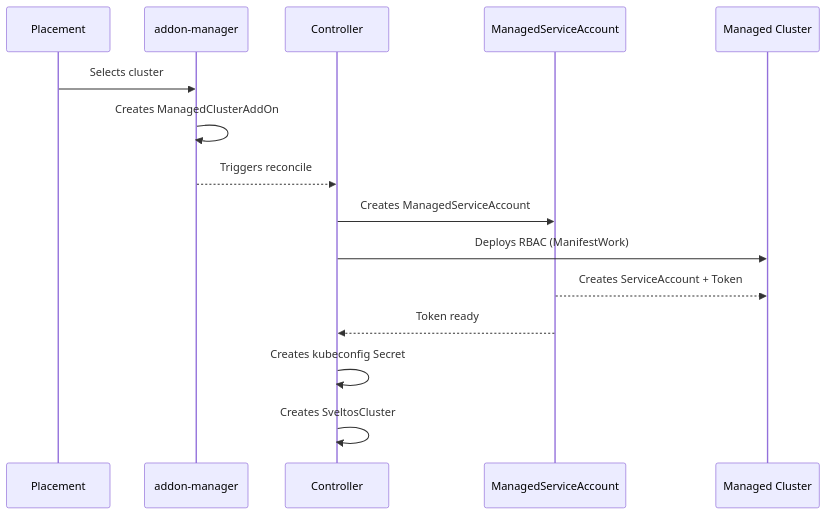
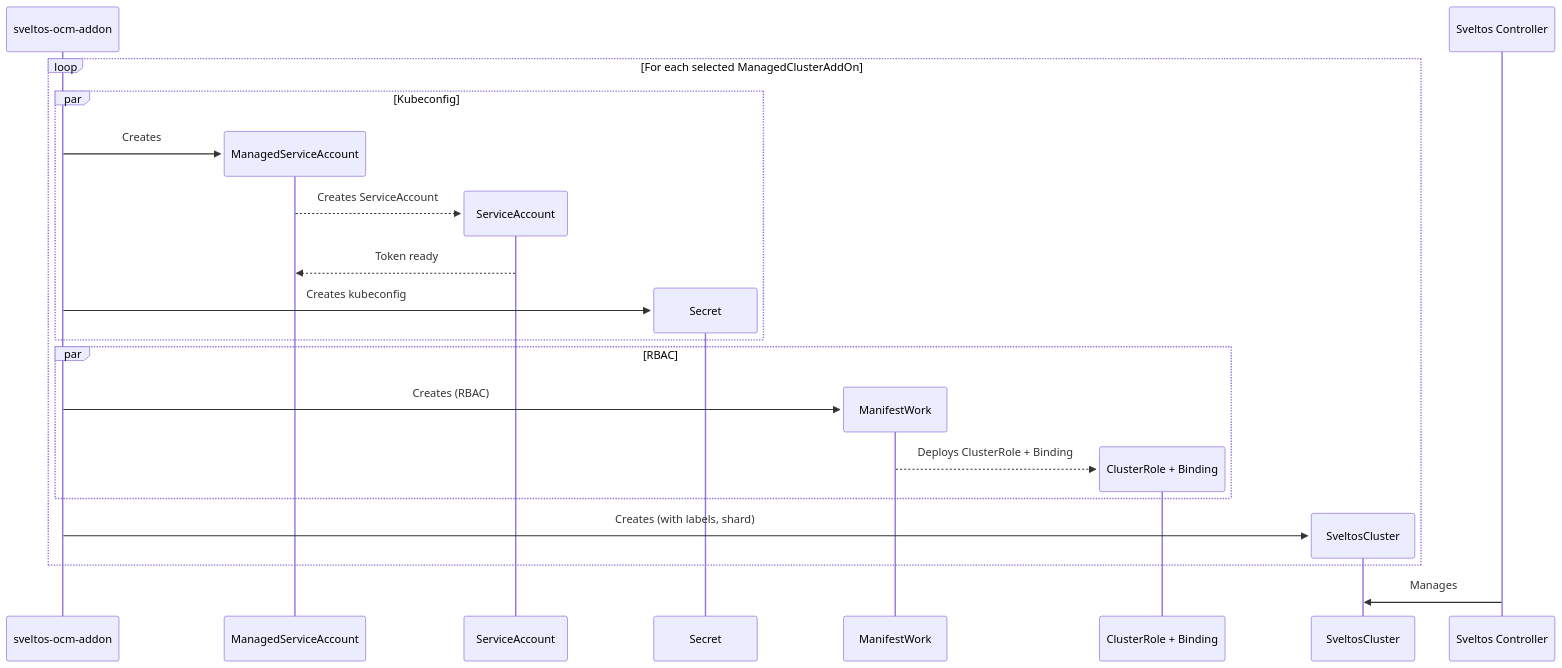
The second of 3 diagrams in README.md (guilhem/sveltos-ocm-addon), drawn with Mermaid before and after one commit. The commit also changed other lines of this file, not shown here.

````diff
--- a/README.md
+++ b/README.md
@@ -182,18 +179,29 @@
 ```mermaid
 sequenceDiagram
-    participant P as Placement
-    participant AM as addon-manager
-    participant C as Controller
-    participant MSA as ManagedServiceAccount
-    participant MC as Managed Cluster
+    participant C as sveltos-ocm-addon
 
-    P->>AM: Selects cluster
-    AM->>AM: Creates ManagedClusterAddOn
-    AM-->>C: Triggers reconcile
-    C->>MSA: Creates ManagedServiceAccount
-    C->>MC: Deploys RBAC (ManifestWork)
-    MSA-->>MC: Creates ServiceAccount + Token
-    MSA-->>C: Token ready
-    C->>C: Creates kubeconfig Secret
-    C->>C: Creates SveltosCluster
+    loop For each selected ManagedClusterAddOn
+      par Kubeconfig
+        create participant MSA as ManagedServiceAccount
+        C->>MSA: Creates
+        create participant SA as ServiceAccount
+        MSA-->>SA: Creates ServiceAccount
+        SA-->>MSA: Token ready
+        create participant S as Secret
+        C->>S: Creates kubeconfig
+      end
+
+      par RBAC
+        create participant MW as ManifestWork
+        C->>MW: Creates (RBAC)
+        create participant CR as ClusterRole + Binding
+        MW-->>CR: Deploys ClusterRole + Binding
+      end
+      
+      create participant SC as SveltosCluster
+      C->>SC: Creates (with labels, shard)
+    end
+    participant Sveltos as Sveltos Controller
+    Sveltos->>SC: Manages
+
 ```
````
